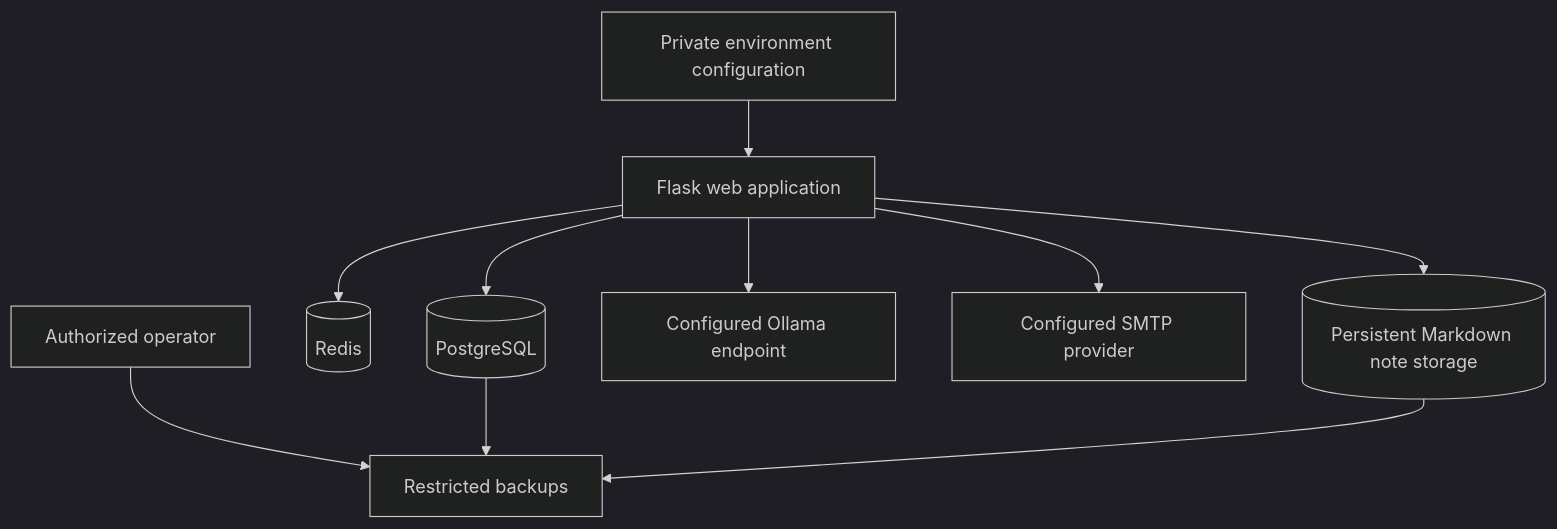
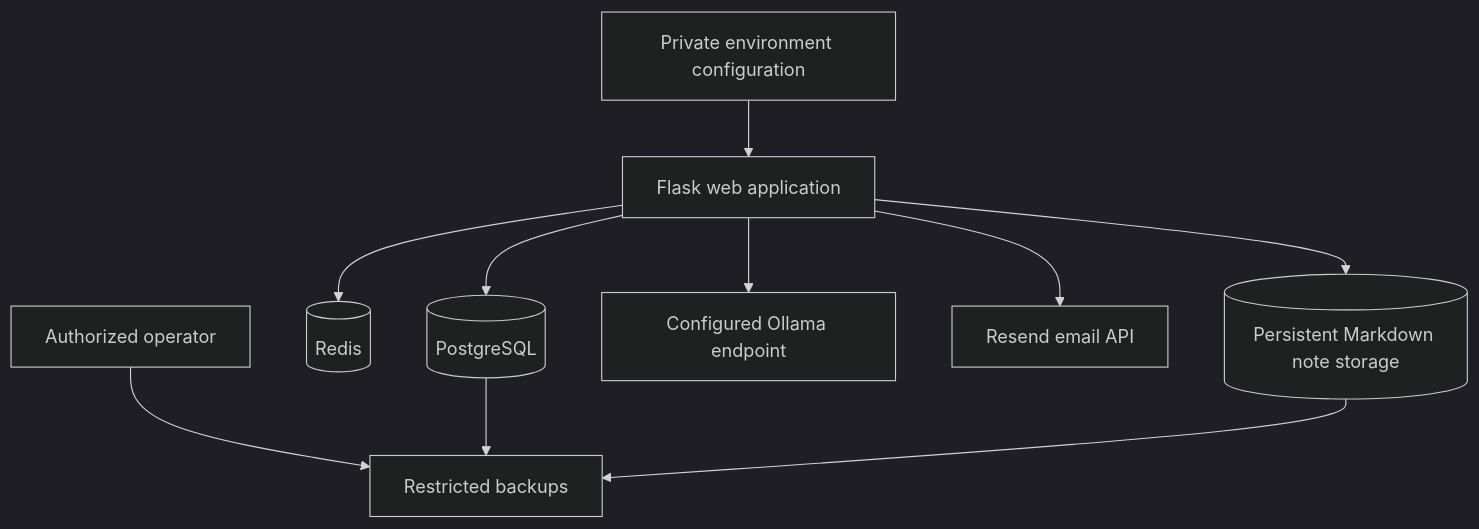
One commit to kyedoespython/Rover changed the diagram in Docs/Operations-and-Privacy.md. Above: the diagram before and after it, drawn with Mermaid (dark theme). The commit also changed other lines of this file and 10 other files, not shown here.

Commit message:
integration of resend email client replacing flask mail.

````diff
--- a/Docs/Operations-and-Privacy.md
+++ b/Docs/Operations-and-Privacy.md
@@ -37,12 +37,12 @@
 ```mermaid
 flowchart TD
     Config[Private environment configuration] --> Web[Flask web application]
     Web --> DB[(PostgreSQL)]
     Web --> Redis[(Redis)]
     Web --> Notes[(Persistent Markdown note storage)]
     Web --> Model[Configured Ollama endpoint]
-    Web --> Mail[Configured SMTP provider]
+    Web --> Resend[Resend email API]
     Operator[Authorized operator] --> Backup[Restricted backups]
     DB --> Backup
     Notes --> Backup
 ```
````
